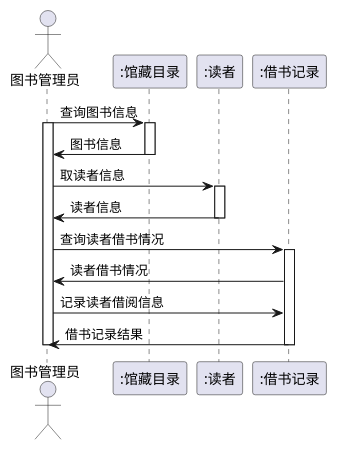
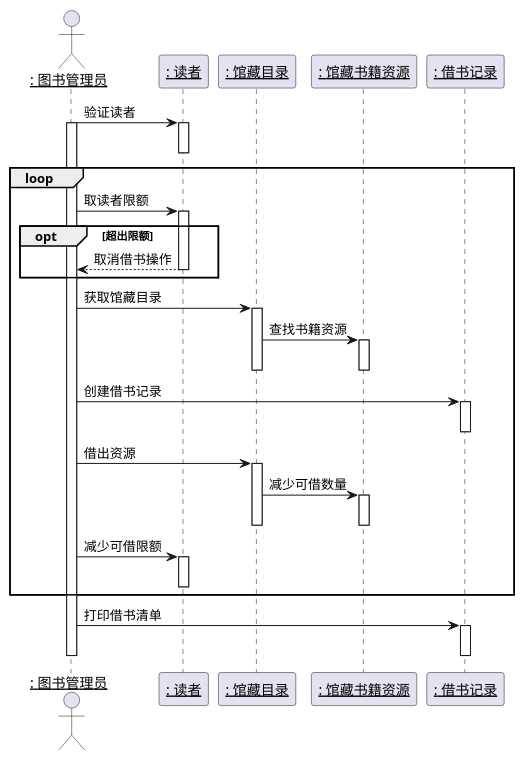
Before and after one commit to 915936476/is_analysis-3: the diagram in test4/借出图书.puml, drawn with PlantUML. The commit also changed 18 other files, not shown here.

```diff
--- a/test4/借出图书.puml
+++ b/test4/借出图书.puml
@@ -1,22 +1,42 @@
 @startuml
-actor admin as "图书管理员"
-participant ":馆藏目录" as A
-participant ":读者" as B
-participant ":借书记录" as C
-admin-> A: 查询图书信息
-activate admin
-activate A
-admin <- A: 图书信息
-deactivate A
-admin -> B:取读者信息
-activate B
-B->admin:读者信息
-deactivate B
-admin->C:查询读者借书情况
-activate C
-C->admin:读者借书情况
-admin -> C:记录读者借阅信息
-C->admin:借书记录结果
-deactivate C
-deactivate admin
+actor ": 图书管理员" as 图书管理员
+participant ": 读者" as 读者
+participant ": 馆藏目录" as 馆藏目录
+participant ": 馆藏书籍资源" as 馆藏书籍资源
+participant ": 借书记录" as 借书记录
+skinparam sequenceParticipant underline
+图书管理员 -> 读者:验证读者
+activate 图书管理员
+loop
+activate 读者
+deactivate 读者
+图书管理员 -> 读者:取读者限额
+activate 读者
+opt 超出限额
+读者-->图书管理员:取消借书操作
+deactivate 读者
+end
+图书管理员 -> 馆藏目录:获取馆藏目录
+activate 馆藏目录
+馆藏目录 -> 馆藏书籍资源:查找书籍资源
+activate 馆藏书籍资源
+deactivate 馆藏书籍资源
+deactivate 馆藏目录
+图书管理员 -> 借书记录:创建借书记录
+activate 借书记录
+deactivate 借书记录
+图书管理员 -> 馆藏目录:借出资源
+activate 馆藏目录
+馆藏目录 -> 馆藏书籍资源:减少可借数量
+activate 馆藏书籍资源
+deactivate 馆藏书籍资源
+deactivate 馆藏目录
+图书管理员 -> 读者:减少可借限额
+activate 读者
+deactivate 读者
+end
+图书管理员 -> 借书记录:打印借书清单
+activate 借书记录
+deactivate 借书记录
+deactivate 图书管理员
 @enduml
```
